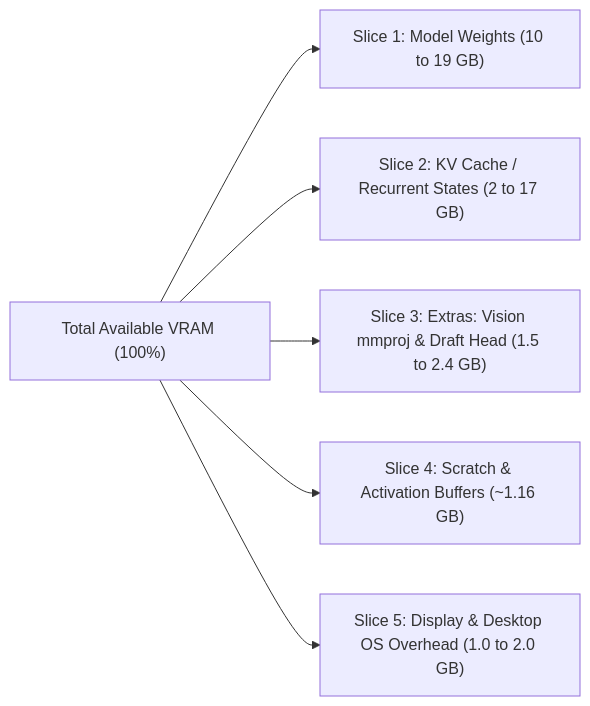
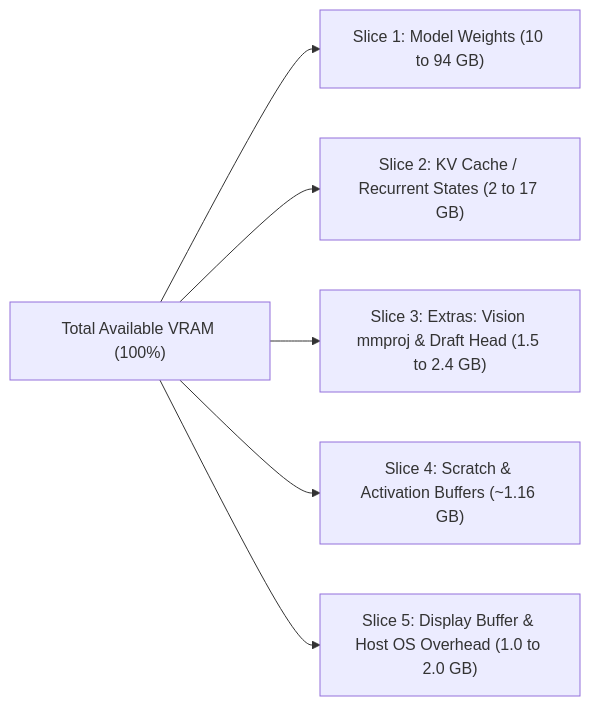
The second of 2 diagrams in README.md (huikku/qwen-setup), drawn with Mermaid before and after one commit. The commit also changed other lines of this file and 4 other files, not shown here.

````diff
--- a/README.md
+++ b/README.md
@@ -133,8 +179,8 @@
 ```mermaid
 flowchart LR
-    Total["Total Available VRAM (100%)"] --> S1["Slice 1: Model Weights (10 to 19 GB)"]
+    Total["Total Available VRAM (100%)"] --> S1["Slice 1: Model Weights (10 to 94 GB)"]
     Total --> S2["Slice 2: KV Cache / Recurrent States (2 to 17 GB)"]
     Total --> S3["Slice 3: Extras: Vision mmproj & Draft Head (1.5 to 2.4 GB)"]
     Total --> S4["Slice 4: Scratch & Activation Buffers (~1.16 GB)"]
-    Total --> S5["Slice 5: Display & Desktop OS Overhead (1.0 to 2.0 GB)"]
+    Total --> S5["Slice 5: Display Buffer & Host OS Overhead (1.0 to 2.0 GB)"]
 ```
````
